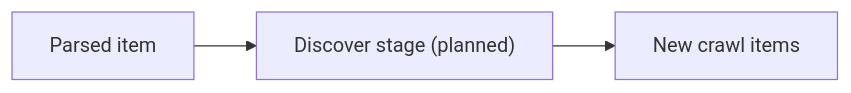
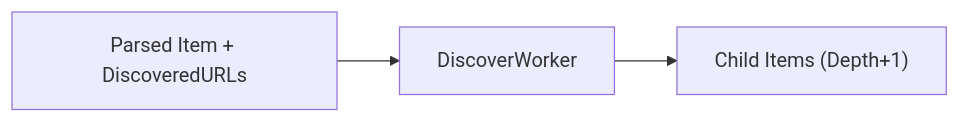
The diagram in docs/internal/pipeline/discover.go.md (bijay-develops/Concurrent-Web-Crawler-with-Pluggable-Pipelines), drawn with Mermaid before and after one commit. The commit also changed other lines of this file and 17 other files, not shown here.

````diff
--- a/docs/internal/pipeline/discover.go.md
+++ b/docs/internal/pipeline/discover.go.md
@@ -32,5 +43,5 @@
 ```mermaid
 flowchart LR
-  A["Parsed item"] --> B["Discover stage (planned)"]
-  B --> C["New crawl items"]
+  A["Parsed Item + DiscoveredURLs"] --> B["DiscoverWorker"]
+  B --> C["Child Items (Depth+1)"]
 ```
````
